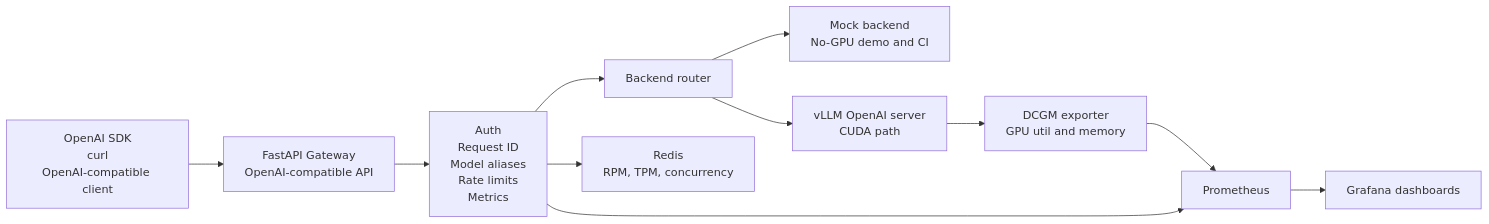
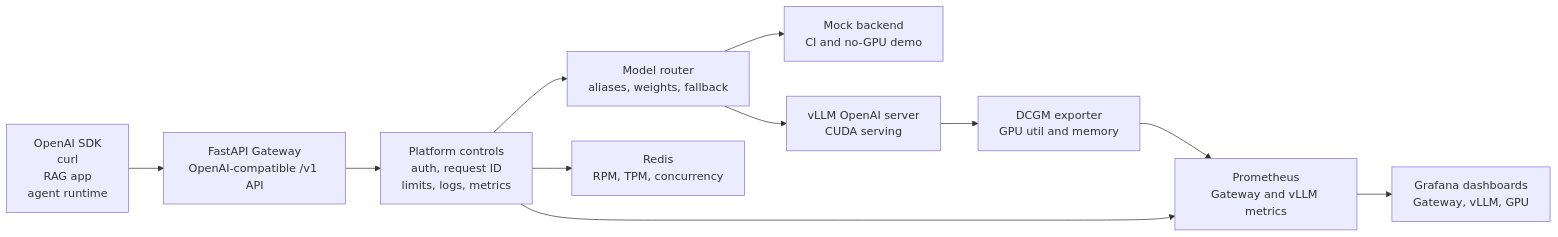
Before and after one commit to ictup/Mini_LLM_Serving_Platform: the diagram in README.md, drawn with Mermaid. The commit also changed other lines of this file, not shown here.

````diff
--- a/README.md
+++ b/README.md
@@ -59,13 +75,13 @@
 ```mermaid
 flowchart LR
-    Client["OpenAI SDK<br/>curl<br/>OpenAI-compatible client"] --> Gateway["FastAPI Gateway<br/>OpenAI-compatible API"]
-    Gateway --> Platform["Auth<br/>Request ID<br/>Model aliases<br/>Rate limits<br/>Metrics"]
-    Platform --> Router["Backend router"]
-    Router --> Mock["Mock backend<br/>No-GPU demo and CI"]
-    Router --> VLLM["vLLM OpenAI server<br/>CUDA path"]
+    Client["OpenAI SDK<br/>curl<br/>RAG app<br/>agent runtime"] --> Gateway["FastAPI Gateway<br/>OpenAI-compatible /v1 API"]
+    Gateway --> Platform["Platform controls<br/>auth, request ID<br/>limits, logs, metrics"]
+    Platform --> Router["Model router<br/>aliases, weights, fallback"]
+    Router --> Mock["Mock backend<br/>CI and no-GPU demo"]
+    Router --> VLLM["vLLM OpenAI server<br/>CUDA serving"]
     Platform --> Redis["Redis<br/>RPM, TPM, concurrency"]
-    Platform --> Prometheus["Prometheus"]
-    Prometheus --> Grafana["Grafana dashboards"]
+    Platform --> Prometheus["Prometheus<br/>Gateway and vLLM metrics"]
     VLLM --> DCGM["DCGM exporter<br/>GPU util and memory"]
     DCGM --> Prometheus
+    Prometheus --> Grafana["Grafana dashboards<br/>Gateway, vLLM, GPU"]
 ```
````
